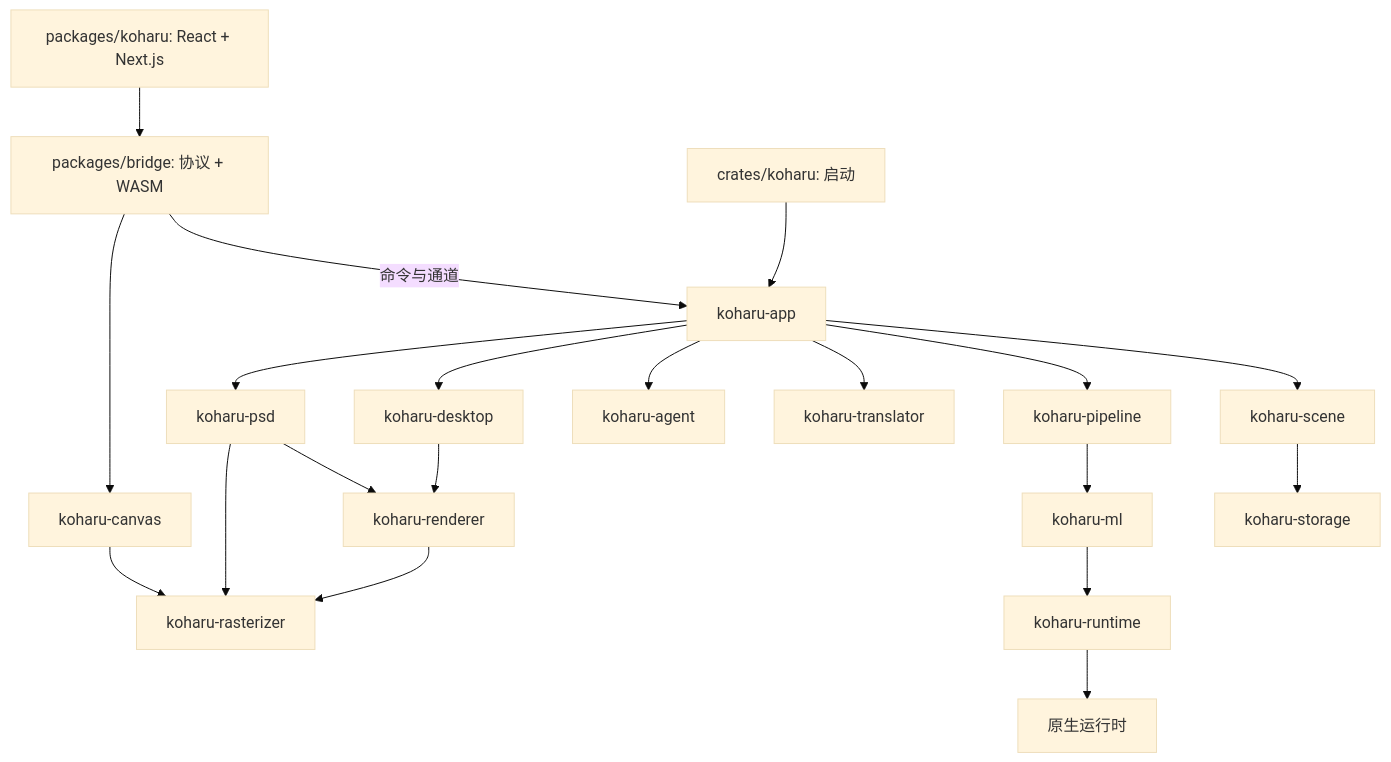
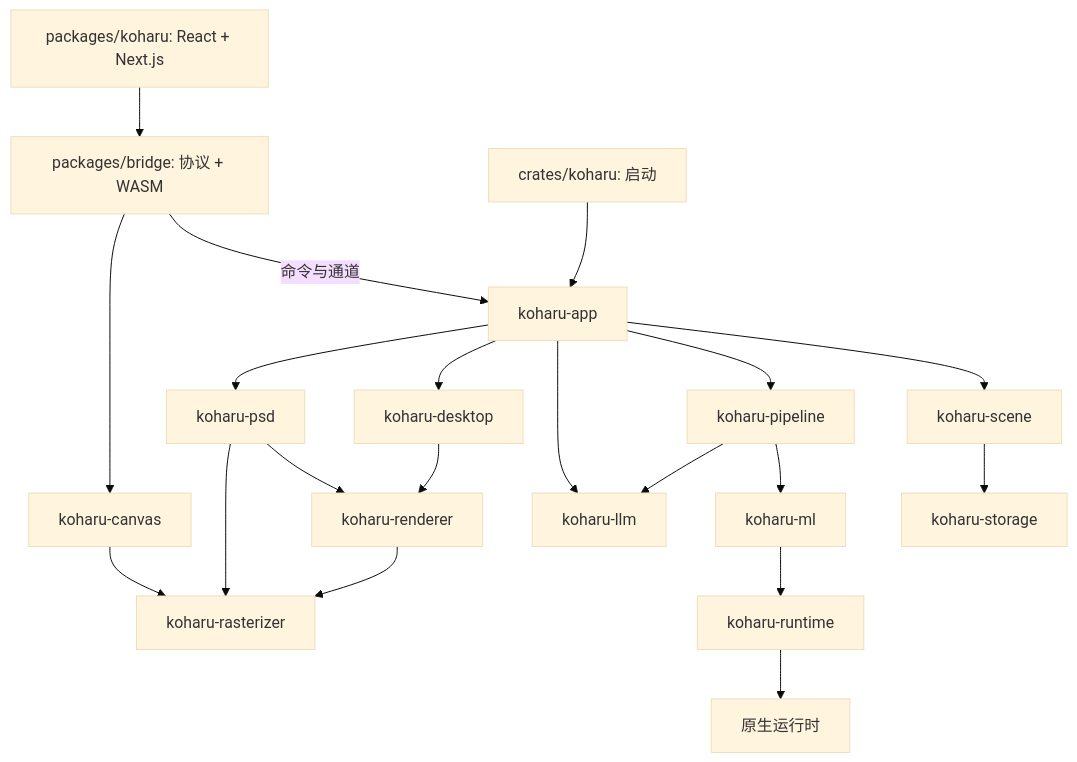
One commit to koharu-rs/koharu changed the diagram in packages/docs/zh/development/architecture.mdx. Above: the diagram before and after it, drawn with Mermaid (base theme). The commit also changed other lines of this file and 358 other files, not shown here.

````diff
--- a/packages/docs/zh/development/architecture.mdx
+++ b/packages/docs/zh/development/architecture.mdx
@@ -9,14 +9,14 @@
 ```mermaid
 flowchart TB
   ui["packages/koharu: React + Next.js"] --> bridge["packages/bridge: 协议 + WASM"]
   entry["crates/koharu: 启动"] --> app["koharu-app"]
   bridge -->|"命令与通道"| app
   app --> scene["koharu-scene"] --> storage["koharu-storage"]
   app --> pipeline["koharu-pipeline"] --> ml["koharu-ml"] --> runtime["koharu-runtime"] --> native["原生运行时"]
-  app --> translator["koharu-translator"]
-  app --> agent["koharu-agent"]
+  app --> llm["koharu-llm"]
+  pipeline --> llm
   app --> desktop["koharu-desktop"] --> renderer["koharu-renderer"] --> rasterizer["koharu-rasterizer"]
   bridge --> canvas["koharu-canvas"] --> rasterizer
   app --> psd["koharu-psd"] --> renderer
   psd --> rasterizer
 ```
````
